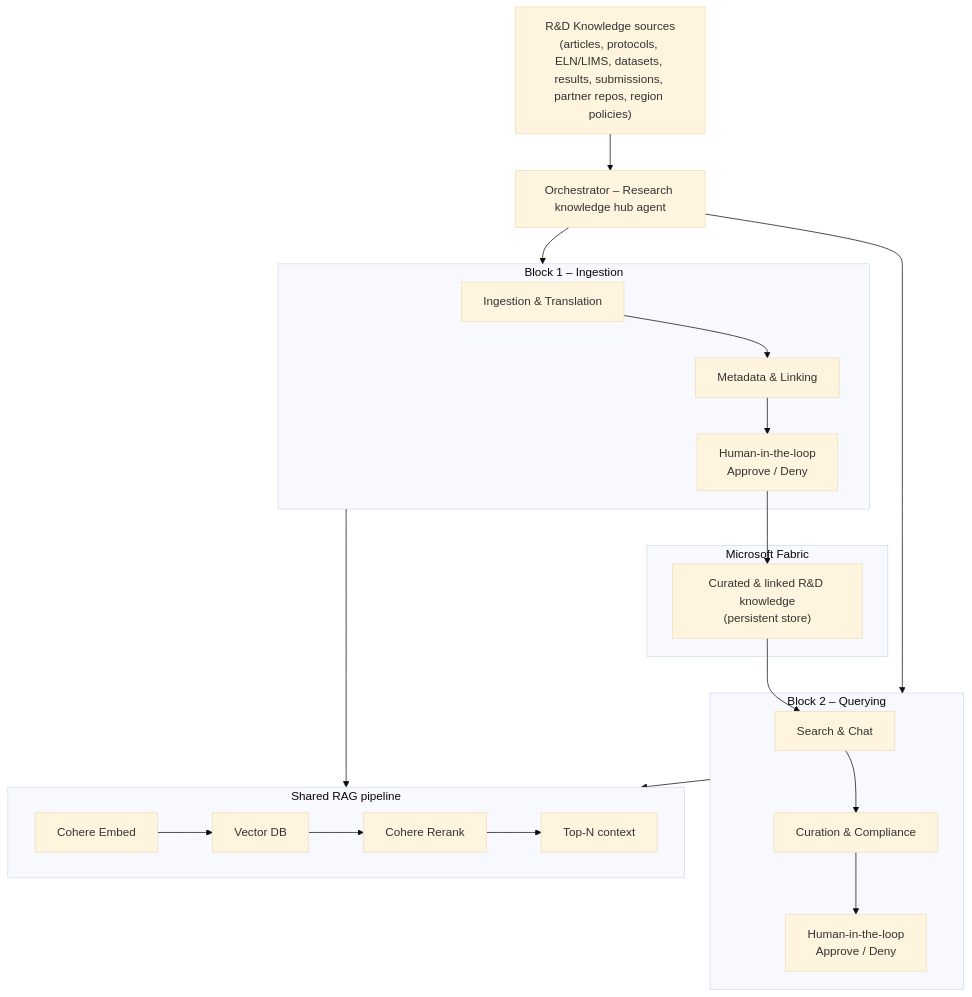
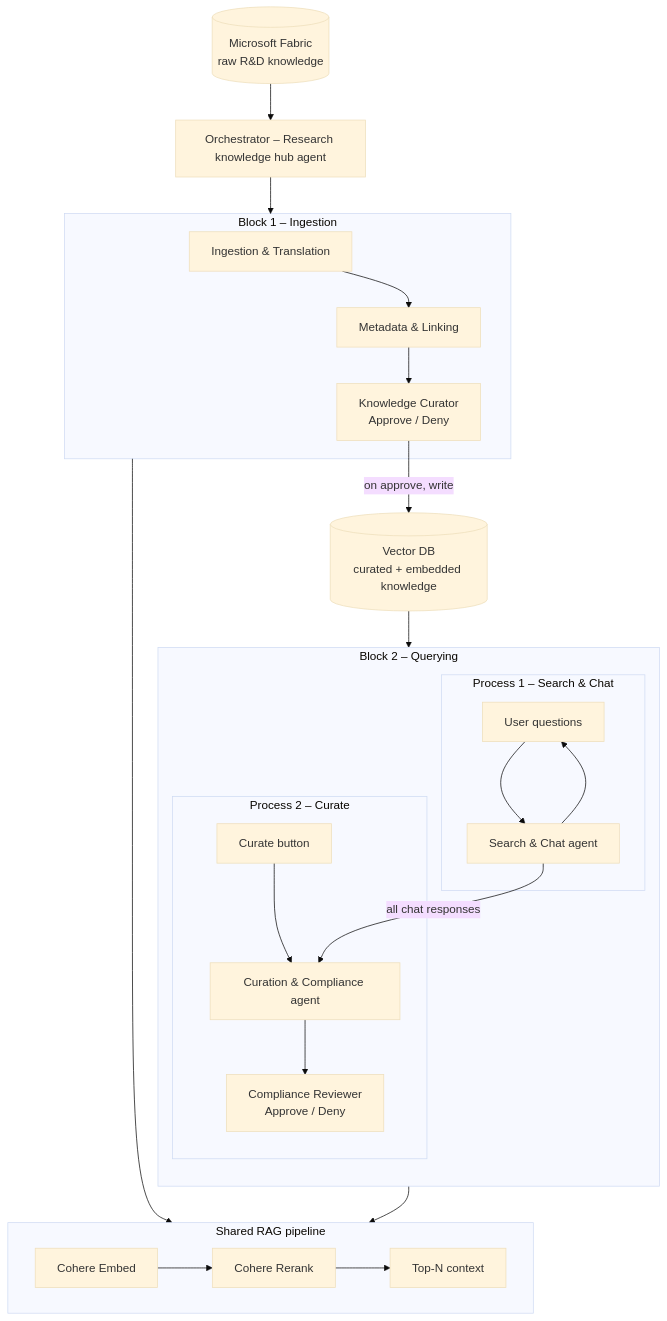
One commit to southworks/insesite-hls-agentic-rd-knowledge changed the diagram in workflow-summary.md. Above: the diagram before and after it, drawn with Mermaid (base theme). The commit also changed other lines of this file, not shown here.

````diff
--- a/workflow-summary.md
+++ b/workflow-summary.md
@@ -55,39 +64,44 @@
 ```mermaid
 flowchart TB
-    REQ["R&D Knowledge sources<br/>(articles, protocols, ELN/LIMS, datasets, results, submissions, partner repos, region policies)"]
+    FAB[("Microsoft Fabric<br/>raw R&D knowledge")]
     ORCH["Orchestrator – Research knowledge hub agent"]
 
     subgraph block1 [Block 1 – Ingestion]
         ING["Ingestion & Translation"]
         META["Metadata & Linking"]
-        HITL1["Human-in-the-loop<br/>Approve / Deny"]
+        HITL1["Knowledge Curator<br/>Approve / Deny"]
         ING --> META --> HITL1
     end
 
-    subgraph fabric [Microsoft Fabric]
-        STORE["Curated & linked R&D knowledge<br/>(persistent store)"]
-    end
+    VDB[("Vector DB<br/>curated + embedded knowledge")]
 
     subgraph block2 [Block 2 – Querying]
-        SRCH["Search & Chat"]
-        CUR["Curation & Compliance"]
-        HITL2["Human-in-the-loop<br/>Approve / Deny"]
-        SRCH --> CUR --> HITL2
+        direction TB
+        subgraph p1 [Process 1 – Search & Chat]
+            SRCH["Search & Chat agent"]
+            USER["User questions"]
+            USER --> SRCH --> USER
+        end
+        subgraph p2 [Process 2 – Curate]
+            CURBTN["Curate button"]
+            CUR["Curation & Compliance agent"]
+            HITL2["Compliance Reviewer<br/>Approve / Deny"]
+            CURBTN --> CUR --> HITL2
+        end
+        SRCH -->|"all chat responses"| CUR
     end
 
     subgraph rag [Shared RAG pipeline]
         EMB["Cohere Embed"]
-        VDB["Vector DB"]
         RR["Cohere Rerank"]
         TOP["Top-N context"]
-        EMB --> VDB --> RR --> TOP
+        EMB --> RR --> TOP
     end
 
-    REQ --> ORCH
+    FAB --> ORCH
     ORCH --> block1
-    ORCH --> block2
-    HITL1 --> STORE
-    STORE --> SRCH
+    HITL1 -->|"on approve, write"| VDB
+    VDB --> SRCH
     block1 --> rag
     block2 --> rag
 ```
````
